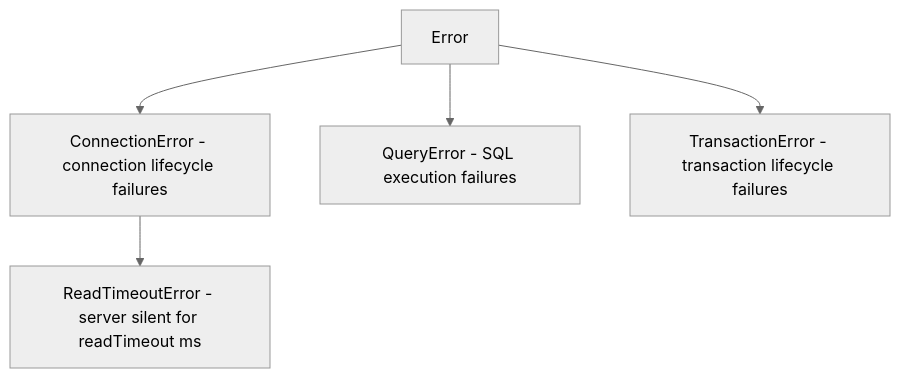
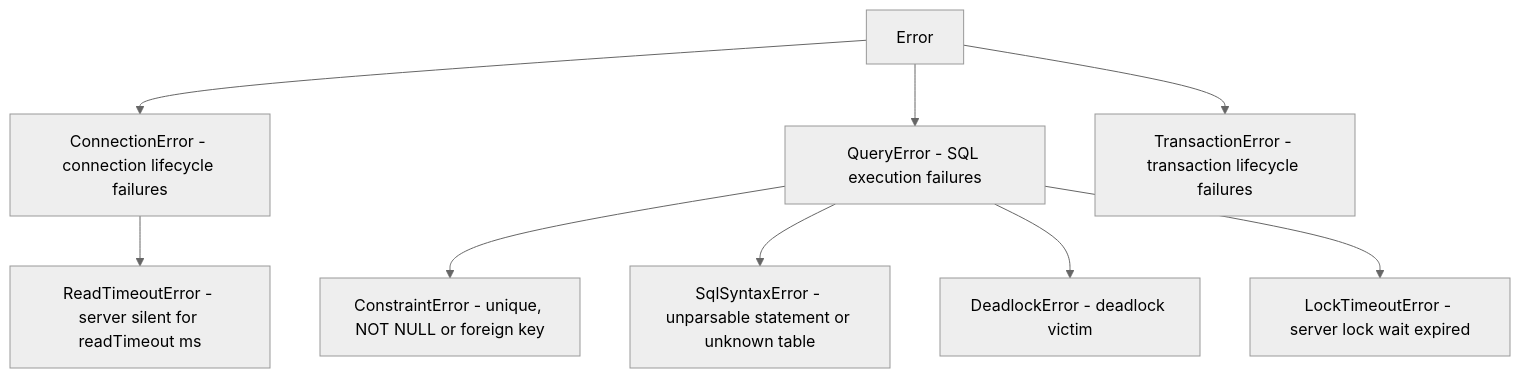
One commit to cubrid-lab/cubrid-client changed the diagram in docs/API_REFERENCE.md. Above: the diagram before and after it, drawn with Mermaid (neutral theme). The commit also changed other lines of this file and 22 other files, not shown here.

````diff
--- a/docs/API_REFERENCE.md
+++ b/docs/API_REFERENCE.md
@@ -339,7 +340,11 @@
 ```mermaid
 graph TD
     E[Error] --> C[ConnectionError - connection lifecycle failures]
     E --> Q[QueryError - SQL execution failures]
     E --> T[TransactionError - transaction lifecycle failures]
     C --> R[ReadTimeoutError - server silent for readTimeout ms]
+    Q --> CE[ConstraintError - unique, NOT NULL or foreign key]
+    Q --> S[SqlSyntaxError - unparsable statement or unknown table]
+    Q --> D[DeadlockError - deadlock victim]
+    Q --> L[LockTimeoutError - server lock wait expired]
 ```
````
